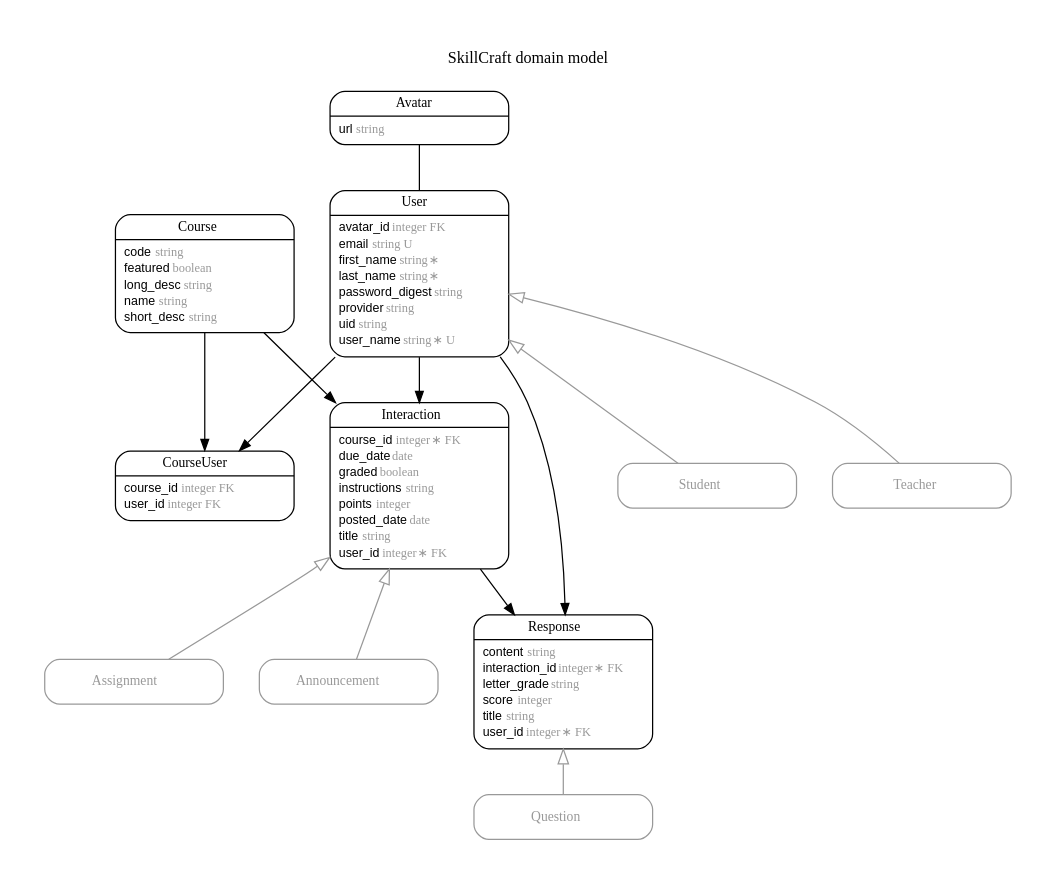
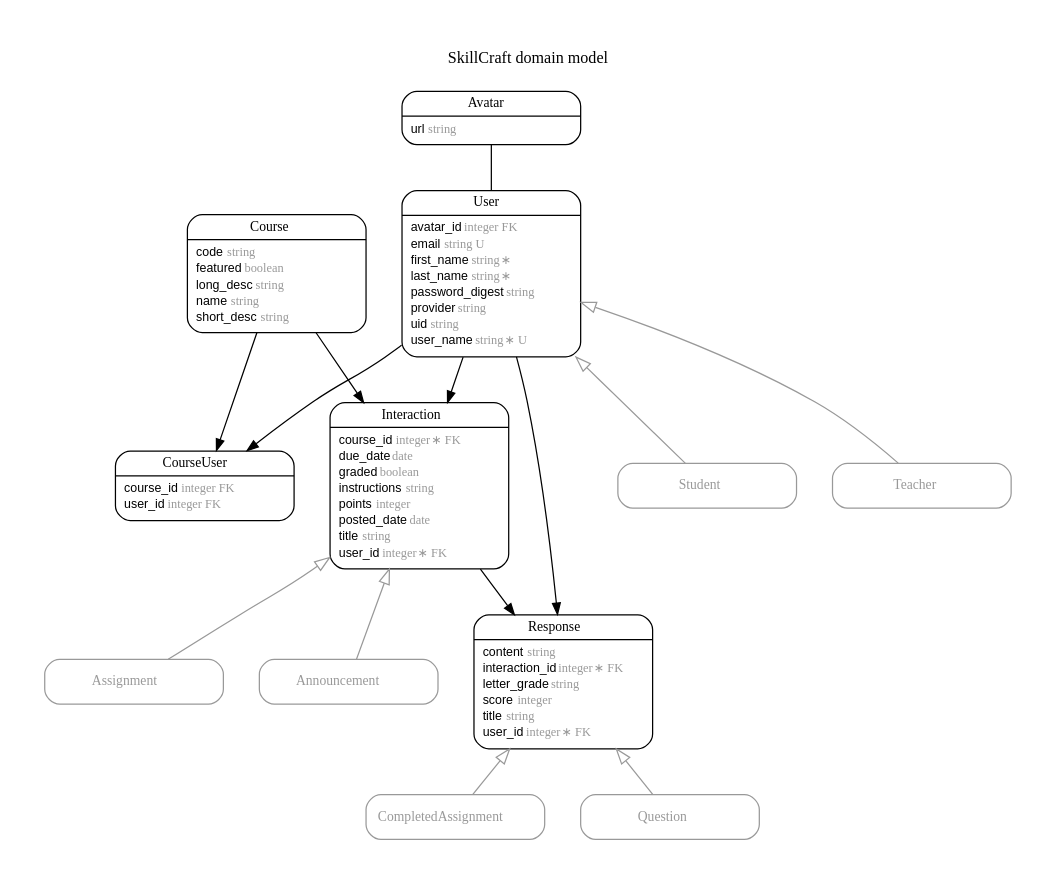
The diagram in erd.dot (FergusDevelopmentLLC/skillcraft), drawn with Graphviz before and after one commit. The commit also changed 13 other files, not shown here.

```diff
--- a/erd.dot
+++ b/erd.dot
@@ -1,120 +1,125 @@
 digraph SkillCraft {
 rankdir = "LR";
 ranksep = "0.5";
 nodesep = "0.4";
 pad = "0.4,0.4";
 margin = "0,0";
 concentrate = "true";
 labelloc = "t";
 fontsize = "13";
 fontname = "Arial Bold";
 splines = "spline";
 node[ shape  =  "Mrecord" , fontsize  =  "10" , fontname  =  "Arial" , margin  =  "0.07,0.05" , penwidth  =  "1.0"];
 edge[ fontname  =  "Arial" , fontsize  =  "7" , dir  =  "both" , arrowsize  =  "0.9" , penwidth  =  "1.0" , labelangle  =  "32" , labeldistance  =  "1.8"];
 rankdir = "TB";
 label = "SkillCraft domain model\n\n";
 m_Announcement [color = "grey60", fontcolor = "grey60", label = <{<table border="0" align="center" cellspacing="0.5" cellpadding="0" width="134">
   <tr><td align="center" valign="bottom" width="130"><font face="Arial Bold" point-size="11">Announcement</font></td></tr>
 </table>
 }>];
 m_Assignment [color = "grey60", fontcolor = "grey60", label = <{<table border="0" align="center" cellspacing="0.5" cellpadding="0" width="134">
   <tr><td align="center" valign="bottom" width="130"><font face="Arial Bold" point-size="11">Assignment</font></td></tr>
 </table>
 }>];
 m_Avatar [label = <{<table border="0" align="center" cellspacing="0.5" cellpadding="0" width="134">
   <tr><td align="center" valign="bottom" width="130"><font face="Arial Bold" point-size="11">Avatar</font></td></tr>
 </table>
 |
 <table border="0" align="left" cellspacing="2" cellpadding="0" width="134">
   <tr><td align="left" width="130" port="url">url <font face="Arial Italic" color="grey60">string</font></td></tr>
+</table>
+}>];
+m_CompletedAssignment [color = "grey60", fontcolor = "grey60", label = <{<table border="0" align="center" cellspacing="0.5" cellpadding="0" width="134">
+  <tr><td align="center" valign="bottom" width="130"><font face="Arial Bold" point-size="11">CompletedAssignment</font></td></tr>
 </table>
 }>];
 m_Course [label = <{<table border="0" align="center" cellspacing="0.5" cellpadding="0" width="134">
   <tr><td align="center" valign="bottom" width="130"><font face="Arial Bold" point-size="11">Course</font></td></tr>
 </table>
 |
 <table border="0" align="left" cellspacing="2" cellpadding="0" width="134">
   <tr><td align="left" width="130" port="code">code <font face="Arial Italic" color="grey60">string</font></td></tr>
   <tr><td align="left" width="130" port="featured">featured <font face="Arial Italic" color="grey60">boolean</font></td></tr>
   <tr><td align="left" width="130" port="long_desc">long_desc <font face="Arial Italic" color="grey60">string</font></td></tr>
   <tr><td align="left" width="130" port="name">name <font face="Arial Italic" color="grey60">string</font></td></tr>
   <tr><td align="left" width="130" port="short_desc">short_desc <font face="Arial Italic" color="grey60">string</font></td></tr>
 </table>
 }>];
 m_CourseUser [label = <{<table border="0" align="center" cellspacing="0.5" cellpadding="0" width="134">
   <tr><td align="center" valign="bottom" width="130"><font face="Arial Bold" point-size="11">CourseUser</font></td></tr>
 </table>
 |
 <table border="0" align="left" cellspacing="2" cellpadding="0" width="134">
   <tr><td align="left" width="130" port="course_id">course_id <font face="Arial Italic" color="grey60">integer FK</font></td></tr>
   <tr><td align="left" width="130" port="user_id">user_id <font face="Arial Italic" color="grey60">integer FK</font></td></tr>
 </table>
 }>];
 m_Interaction [label = <{<table border="0" align="center" cellspacing="0.5" cellpadding="0" width="134">
   <tr><td align="center" valign="bottom" width="130"><font face="Arial Bold" point-size="11">Interaction</font></td></tr>
 </table>
 |
 <table border="0" align="left" cellspacing="2" cellpadding="0" width="134">
   <tr><td align="left" width="130" port="course_id">course_id <font face="Arial Italic" color="grey60">integer ∗ FK</font></td></tr>
   <tr><td align="left" width="130" port="due_date">due_date <font face="Arial Italic" color="grey60">date</font></td></tr>
   <tr><td align="left" width="130" port="graded">graded <font face="Arial Italic" color="grey60">boolean</font></td></tr>
   <tr><td align="left" width="130" port="instructions">instructions <font face="Arial Italic" color="grey60">string</font></td></tr>
   <tr><td align="left" width="130" port="points">points <font face="Arial Italic" color="grey60">integer</font></td></tr>
   <tr><td align="left" width="130" port="posted_date">posted_date <font face="Arial Italic" color="grey60">date</font></td></tr>
   <tr><td align="left" width="130" port="title">title <font face="Arial Italic" color="grey60">string</font></td></tr>
   <tr><td align="left" width="130" port="user_id">user_id <font face="Arial Italic" color="grey60">integer ∗ FK</font></td></tr>
 </table>
 }>];
 m_Question [color = "grey60", fontcolor = "grey60", label = <{<table border="0" align="center" cellspacing="0.5" cellpadding="0" width="134">
   <tr><td align="center" valign="bottom" width="130"><font face="Arial Bold" point-size="11">Question</font></td></tr>
 </table>
 }>];
 m_Response [label = <{<table border="0" align="center" cellspacing="0.5" cellpadding="0" width="134">
   <tr><td align="center" valign="bottom" width="130"><font face="Arial Bold" point-size="11">Response</font></td></tr>
 </table>
 |
 <table border="0" align="left" cellspacing="2" cellpadding="0" width="134">
   <tr><td align="left" width="130" port="content">content <font face="Arial Italic" color="grey60">string</font></td></tr>
   <tr><td align="left" width="130" port="interaction_id">interaction_id <font face="Arial Italic" color="grey60">integer ∗ FK</font></td></tr>
   <tr><td align="left" width="130" port="letter_grade">letter_grade <font face="Arial Italic" color="grey60">string</font></td></tr>
   <tr><td align="left" width="130" port="score">score <font face="Arial Italic" color="grey60">integer</font></td></tr>
   <tr><td align="left" width="130" port="title">title <font face="Arial Italic" color="grey60">string</font></td></tr>
   <tr><td align="left" width="130" port="user_id">user_id <font face="Arial Italic" color="grey60">integer ∗ FK</font></td></tr>
 </table>
 }>];
 m_Student [color = "grey60", fontcolor = "grey60", label = <{<table border="0" align="center" cellspacing="0.5" cellpadding="0" width="134">
   <tr><td align="center" valign="bottom" width="130"><font face="Arial Bold" point-size="11">Student</font></td></tr>
 </table>
 }>];
 m_Teacher [color = "grey60", fontcolor = "grey60", label = <{<table border="0" align="center" cellspacing="0.5" cellpadding="0" width="134">
   <tr><td align="center" valign="bottom" width="130"><font face="Arial Bold" point-size="11">Teacher</font></td></tr>
 </table>
 }>];
 m_User [label = <{<table border="0" align="center" cellspacing="0.5" cellpadding="0" width="134">
   <tr><td align="center" valign="bottom" width="130"><font face="Arial Bold" point-size="11">User</font></td></tr>
 </table>
 |
 <table border="0" align="left" cellspacing="2" cellpadding="0" width="134">
   <tr><td align="left" width="130" port="avatar_id">avatar_id <font face="Arial Italic" color="grey60">integer FK</font></td></tr>
   <tr><td align="left" width="130" port="email">email <font face="Arial Italic" color="grey60">string U</font></td></tr>
   <tr><td align="left" width="130" port="first_name">first_name <font face="Arial Italic" color="grey60">string ∗</font></td></tr>
   <tr><td align="left" width="130" port="last_name">last_name <font face="Arial Italic" color="grey60">string ∗</font></td></tr>
   <tr><td align="left" width="130" port="password_digest">password_digest <font face="Arial Italic" color="grey60">string</font></td></tr>
   <tr><td align="left" width="130" port="provider">provider <font face="Arial Italic" color="grey60">string</font></td></tr>
   <tr><td align="left" width="130" port="uid">uid <font face="Arial Italic" color="grey60">string</font></td></tr>
   <tr><td align="left" width="130" port="user_name">user_name <font face="Arial Italic" color="grey60">string ∗ U</font></td></tr>
 </table>
 }>];
   m_Interaction -> m_Announcement [color = "grey60", arrowtail = "onormal", arrowhead = "none", arrowsize = "1.2"];
   m_Interaction -> m_Assignment [color = "grey60", arrowtail = "onormal", arrowhead = "none", arrowsize = "1.2"];
+  m_Response -> m_CompletedAssignment [color = "grey60", arrowtail = "onormal", arrowhead = "none", arrowsize = "1.2"];
   m_Response -> m_Question [color = "grey60", arrowtail = "onormal", arrowhead = "none", arrowsize = "1.2"];
   m_User -> m_Student [color = "grey60", arrowtail = "onormal", arrowhead = "none", arrowsize = "1.2"];
   m_User -> m_Teacher [color = "grey60", arrowtail = "onormal", arrowhead = "none", arrowsize = "1.2"];
-  m_User -> m_Response [arrowhead = "normal", arrowtail = "none", weight = "5"];
+  m_User -> m_Response [arrowhead = "normal", arrowtail = "none", weight = "6"];
   m_User -> m_Interaction [arrowhead = "normal", arrowtail = "none", weight = "6"];
   m_User -> m_CourseUser [arrowhead = "normal", arrowtail = "none", weight = "4"];
   m_Avatar -> m_User [arrowhead = "none", arrowtail = "none", weight = "4"];
   m_Course -> m_Interaction [arrowhead = "normal", arrowtail = "none", weight = "4"];
-  m_Interaction -> m_Response [arrowhead = "normal", arrowtail = "none", weight = "5"];
+  m_Interaction -> m_Response [arrowhead = "normal", arrowtail = "none", weight = "6"];
   m_Course -> m_CourseUser [arrowhead = "normal", arrowtail = "none", weight = "2"];
 }
```
